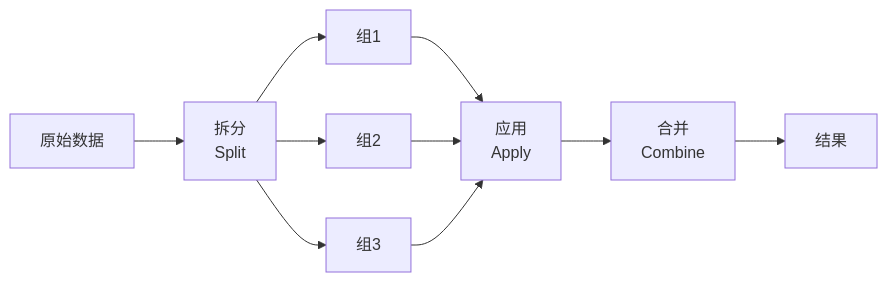
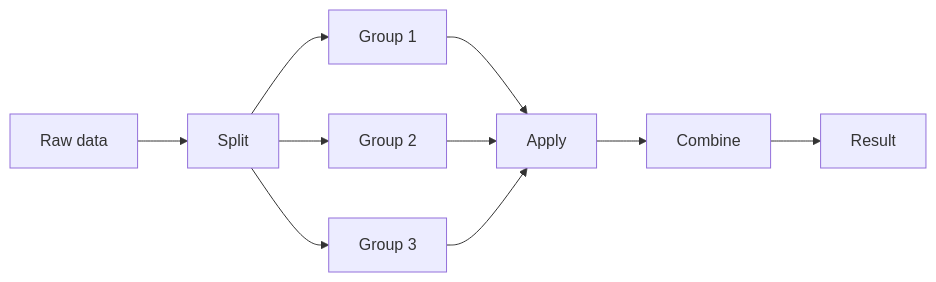
Before and after one commit to oudbiao/AI-fullstack-course: the second of 2 diagrams in docs/ch03-data-analysis/ch03-pandas/06-groupby.md, drawn with Mermaid. The commit also changed other lines of this file and 1406 other files, not shown here.

````diff
--- a/docs/ch03-data-analysis/ch03-pandas/06-groupby.md
+++ b/docs/ch03-data-analysis/ch03-pandas/06-groupby.md
@@ -81,12 +81,12 @@
 ```mermaid
 flowchart LR
-    A["原始数据"] --> B["拆分<br/>Split"]
-    B --> C1["组1"]
-    B --> C2["组2"]
-    B --> C3["组3"]
-    C1 --> D["应用<br/>Apply"]
+    A["Raw data"] --> B["Split"]
+    B --> C1["Group 1"]
+    B --> C2["Group 2"]
+    B --> C3["Group 3"]
+    C1 --> D["Apply"]
     C2 --> D
     C3 --> D
-    D --> E["合并<br/>Combine"]
-    E --> F["结果"]
+    D --> E["Combine"]
+    E --> F["Result"]
 ```
````
